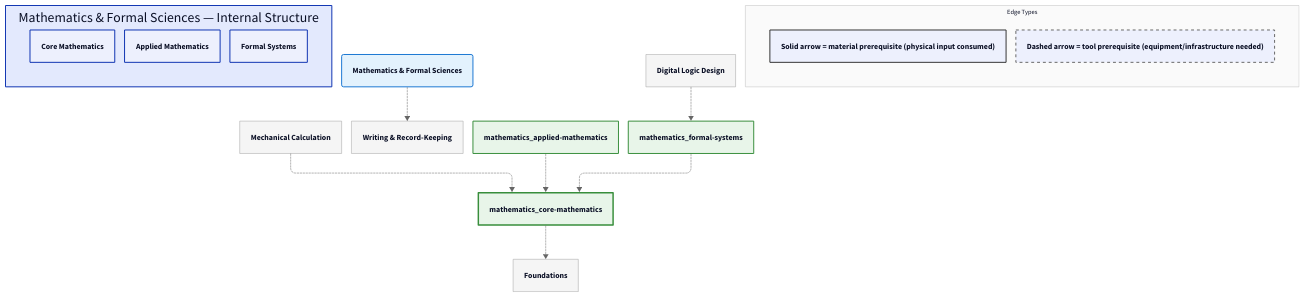
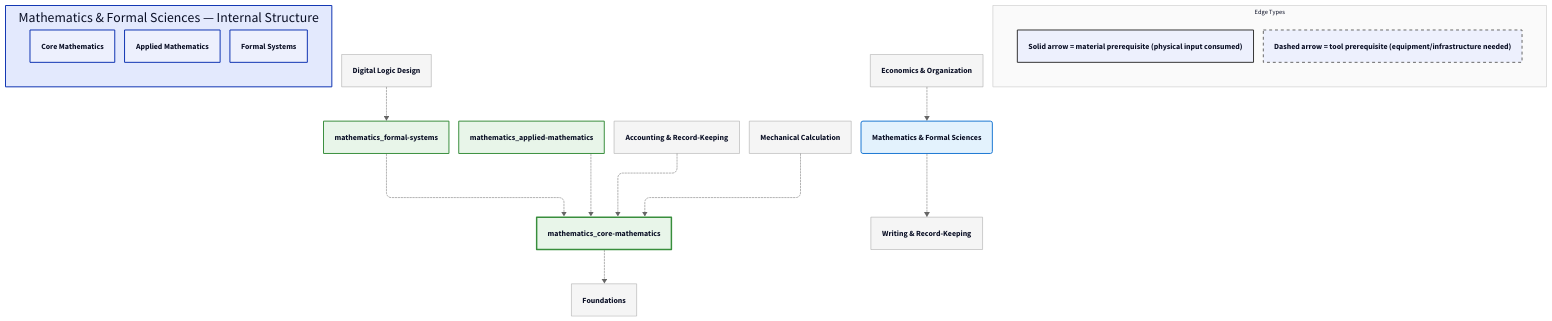
The diagram in diagrams/d2/mathematics.d2 (egofree/TechTree), drawn with D2 before and after one commit. The commit also changed 28 other files, not shown here.

First line of the commit message:
chore(diagrams): regenerate all Mermaid and D2 diagrams

```diff
--- a/diagrams/d2/mathematics.d2
+++ b/diagrams/d2/mathematics.d2
@@ -1,144 +1,154 @@
 vars: {
   d2-config: {
     layout-engine: elk
     pad: 20
     center: true
   }
 }
 
 direction: down
 
 classes: {
   domain: {
     style: {
       fill: "#e3f2fd"
       stroke: "#1976d2"
       stroke-width: 2
       border-radius: 4
     }
   }
   capability: {
     style: {
       fill: "#e8f5e9"
       stroke: "#388e3c"
       stroke-width: 2
     }
   }
   process: {
     style: {
       fill: "#fff3e0"
       stroke: "#f57c00"
       stroke-width: 2
     }
   }
   critical: {
     style: {
       fill: "#fff3e0"
       stroke: "#f57c00"
       stroke-width: 3
       bold: true
     }
   }
   earlyWin: {
     style: {
       fill: "#e8f5e9"
       stroke: "#388e3c"
       stroke-width: 3
     }
   }
   pinnacle: {
     style: {
       fill: "#fce4ec"
       stroke: "#c62828"
       stroke-width: 3
       bold: true
     }
   }
   external: {
     style: {
       fill: "#f5f5f5"
       stroke: "#9e9e9e"
       stroke-width: 1
     }
   }
   legend: {
     style: {
       fill: "#fafafa"
       stroke: "#bdbdbd"
       stroke-width: 1
       font-size: 13
     }
   }
   material-edge: {
     style: {
       stroke: "#333333"
       stroke-width: 2
     }
   }
   tool-edge: {
     style: {
       stroke: "#666666"
       stroke-width: 1
       stroke-dash: 3
     }
   }
 }
 
 # ==================== INTERNAL NODES ====================
 mathematics_internal: "Mathematics & Formal Sciences — Internal Structure" {
   mathematics_core-mathematics: Core Mathematics
   mathematics_applied-mathematics: Applied Mathematics
   mathematics_formal-systems: Formal Systems
 }
 
 # ==================== DOMAIN NODE ====================
 mathematics: "Mathematics & Formal Sciences"
 
 # ==================== EXTERNAL DEPENDENCIES ====================
 computing_digital-logic: Digital Logic Design {
   shape: rectangle
 }
 computing_mechanical: Mechanical Calculation {
   shape: rectangle
 }
+economics-organization: "Economics & Organization" {
+  shape: rectangle
+}
+economics-organization_accounting: "Accounting & Record-Keeping" {
+  shape: rectangle
+}
 foundations: Foundations {
   shape: rectangle
 }
 knowledge_writing: "Writing & Record-Keeping" {
   shape: rectangle
 }
 
 # ==================== EDGES ====================
 mathematics_applied-mathematics -> mathematics_core-mathematics: { class: tool-edge }
 mathematics_formal-systems -> mathematics_core-mathematics: { class: tool-edge }
 mathematics_core-mathematics -> foundations: { class: tool-edge }
 mathematics -> knowledge_writing: { class: tool-edge }
 computing_mechanical -> mathematics_core-mathematics: { class: tool-edge }
 computing_digital-logic -> mathematics_formal-systems: { class: tool-edge }
+economics-organization -> mathematics: { class: tool-edge }
+economics-organization_accounting -> mathematics_core-mathematics: { class: tool-edge }
 
 # ==================== STYLING ====================
 mathematics.class: domain
 mathematics_core-mathematics.class: earlyWin
 mathematics_applied-mathematics.class: capability
 mathematics_formal-systems.class: capability
 computing_digital-logic.class: external
 computing_mechanical.class: external
+economics-organization.class: external
+economics-organization_accounting.class: external
 foundations.class: external
 knowledge_writing.class: external
 
 # ==================== LEGEND ====================
 d2-legend: "Edge Types" {
   class: legend
   mat: "Solid arrow = material prerequisite (physical input consumed)" {
     style: {
       stroke: "#333333"
       stroke-width: 2
     }
   }
   tool: "Dashed arrow = tool prerequisite (equipment/infrastructure needed)" {
     style: {
       stroke: "#666666"
       stroke-dash: 3
     }
   }
 }
```
